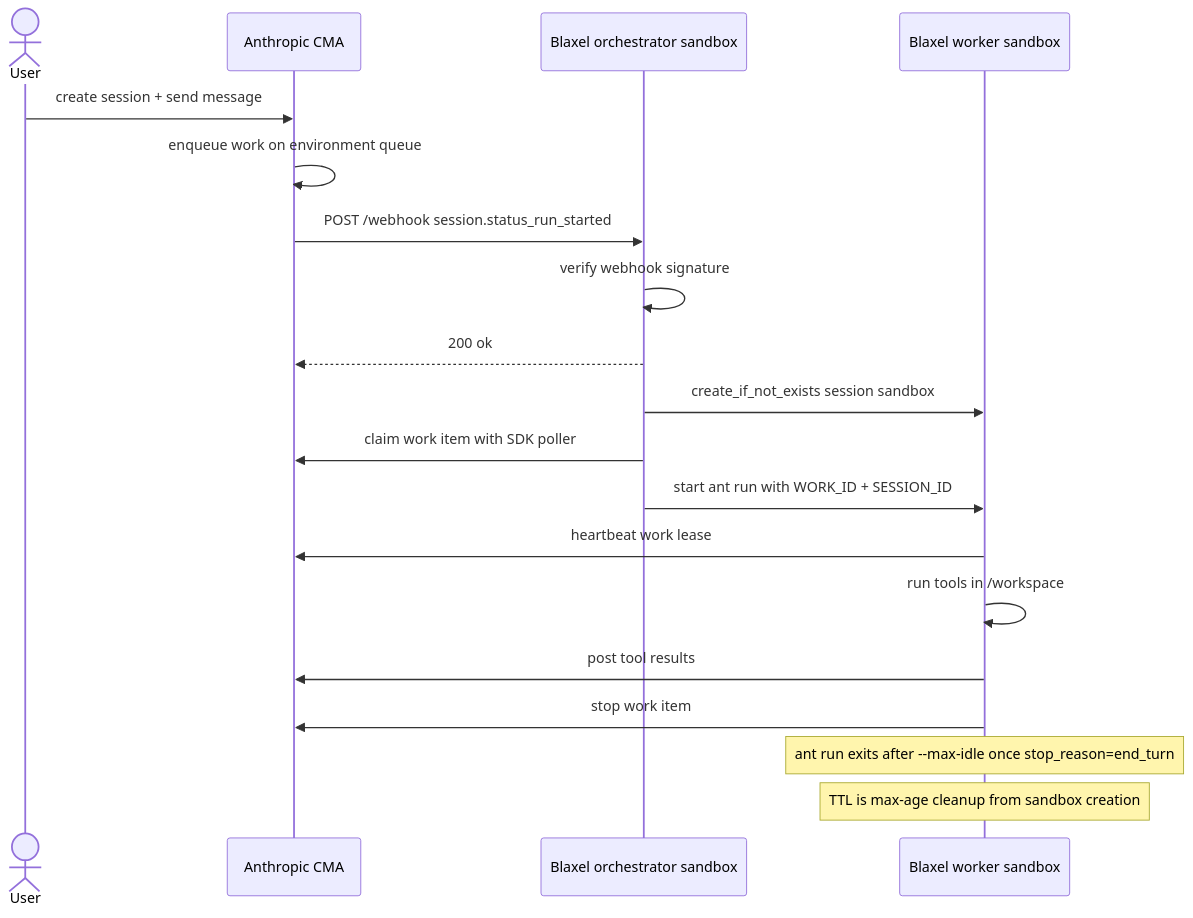
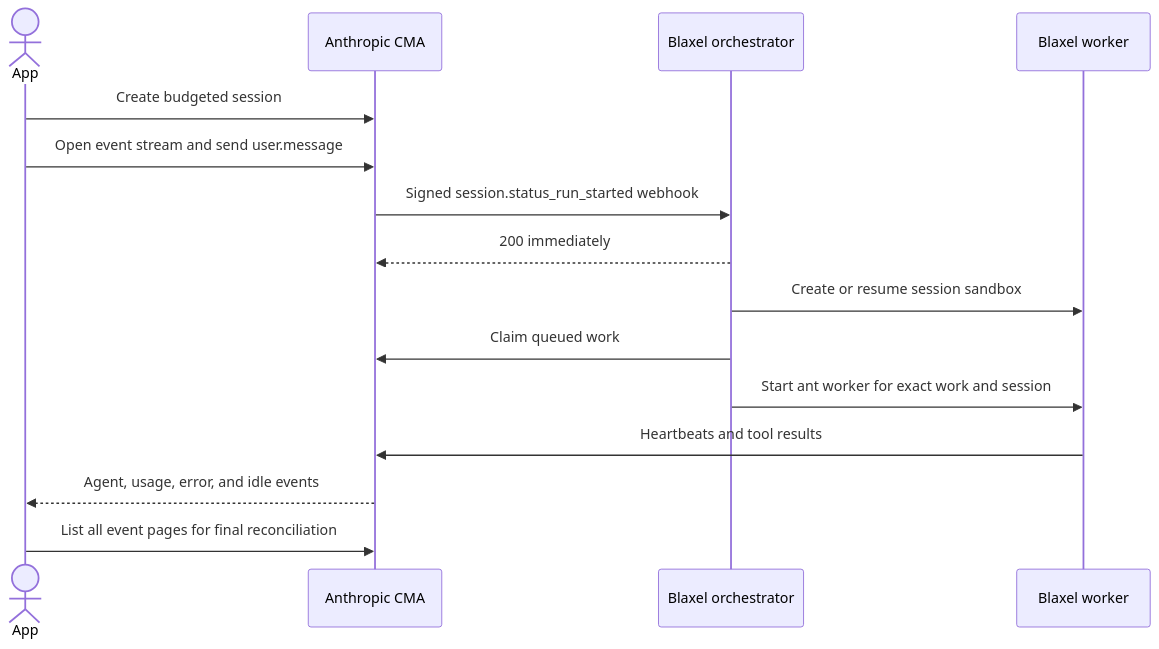
One commit to blaxel-ai/cma-blaxel-sandbox changed the diagram in GUIDE.md. Above: the diagram before and after it, drawn with Mermaid. The commit also changed other lines of this file and 38 other files, not shown here.

````diff
--- a/GUIDE.md
+++ b/GUIDE.md
@@ -63,22 +18,18 @@
 ```mermaid
 sequenceDiagram
-    actor User
-    participant A as Anthropic CMA
-    participant O as Blaxel orchestrator sandbox
-    participant W as Blaxel worker sandbox
+    actor App
+    participant CMA as Anthropic CMA
+    participant O as Blaxel orchestrator
+    participant W as Blaxel worker
 
-    User->>A: create session + send message
-    A->>A: enqueue work on environment queue
-    A->>O: POST /webhook session.status_run_started
-    O->>O: verify webhook signature
-    O-->>A: 200 ok
-    O->>W: create_if_not_exists session sandbox
-    O->>A: claim work item with SDK poller
-    O->>W: start ant run with WORK_ID + SESSION_ID
-    W->>A: heartbeat work lease
-    W->>W: run tools in /workspace
-    W->>A: post tool results
-    W->>A: stop work item
-    Note over W: ant run exits after --max-idle once stop_reason=end_turn
-    Note over W: TTL is max-age cleanup from sandbox creation
+    App->>CMA: Create budgeted session
+    App->>CMA: Open event stream and send user.message
+    CMA->>O: Signed session.status_run_started webhook
+    O-->>CMA: 200 immediately
+    O->>W: Create or resume session sandbox
+    O->>CMA: Claim queued work
+    O->>W: Start ant worker for exact work and session
+    W->>CMA: Heartbeats and tool results
+    CMA-->>App: Agent, usage, error, and idle events
+    App->>CMA: List all event pages for final reconciliation
 ```
````
